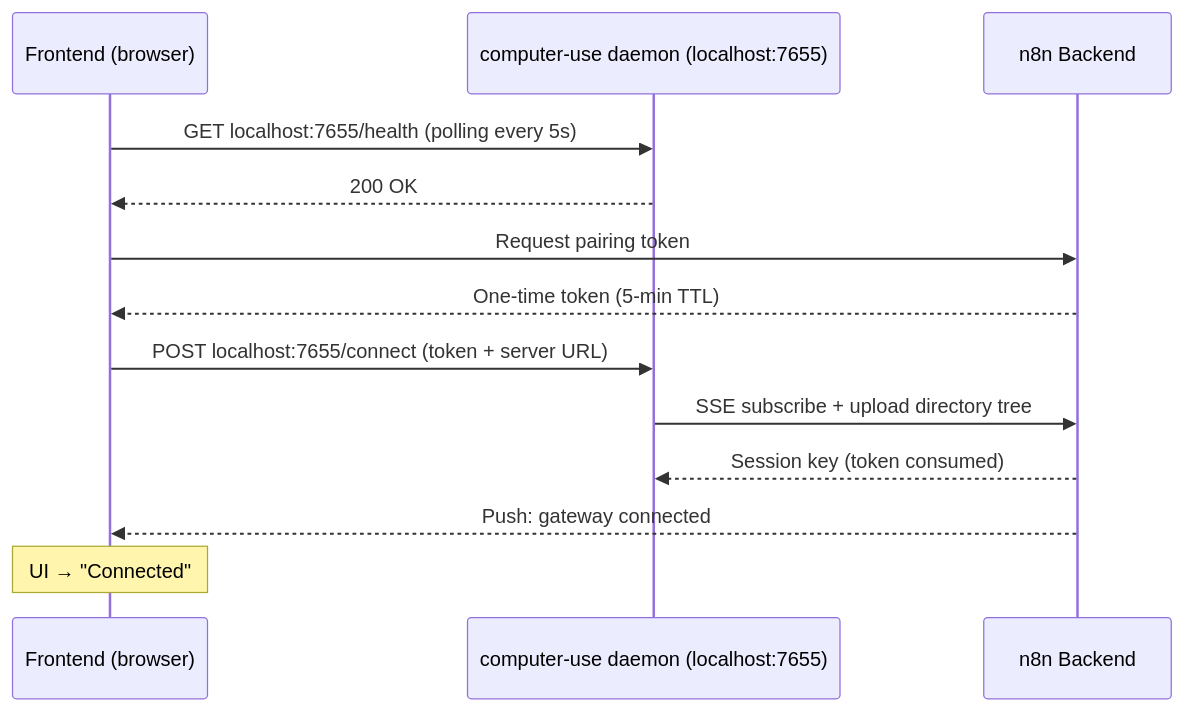
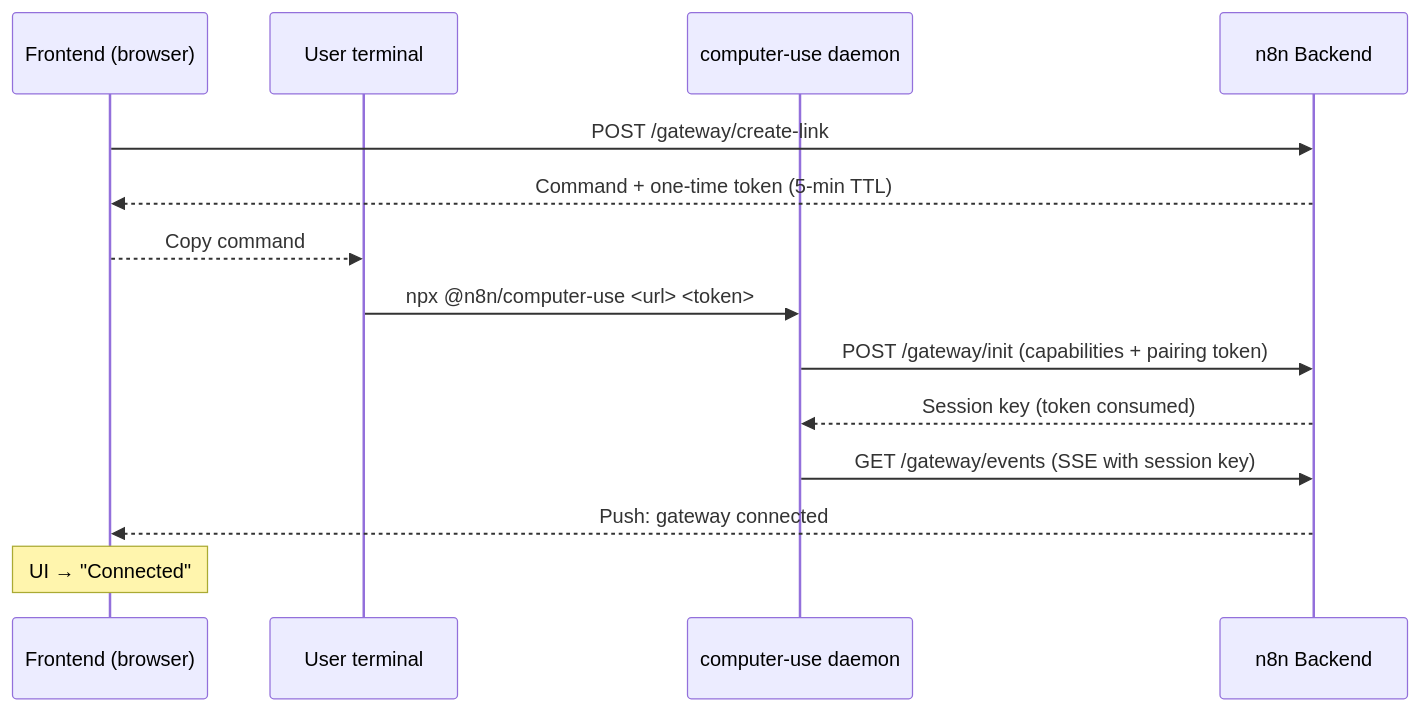
The first of 4 diagrams in packages/@n8n/instance-ai/docs/filesystem-access.md (mayankjain1815-commits/n8n), drawn with Mermaid before and after one commit. The commit also changed other lines of this file and 5 other files, not shown here.

````diff
--- a/packages/@n8n/instance-ai/docs/filesystem-access.md
+++ b/packages/@n8n/instance-ai/docs/filesystem-access.md
@@ -102,16 +113,17 @@
 ```mermaid
 sequenceDiagram
     participant UI as Frontend (browser)
-    participant Daemon as computer-use daemon (localhost:7655)
+    participant User as User terminal
+    participant Daemon as computer-use daemon
     participant Server as n8n Backend
 
-    UI->>Daemon: GET localhost:7655/health (polling every 5s)
-    Daemon-->>UI: 200 OK
-    UI->>Server: Request pairing token
-    Server-->>UI: One-time token (5-min TTL)
-    UI->>Daemon: POST localhost:7655/connect (token + server URL)
-    Daemon->>Server: SSE subscribe + upload directory tree
+    UI->>Server: POST /gateway/create-link
+    Server-->>UI: Command + one-time token (5-min TTL)
+    UI-->>User: Copy command
+    User->>Daemon: npx @n8n/computer-use <url> <token>
+    Daemon->>Server: POST /gateway/init (capabilities + pairing token)
     Server-->>Daemon: Session key (token consumed)
+    Daemon->>Server: GET /gateway/events (SSE with session key)
     Server-->>UI: Push: gateway connected
     Note over UI: UI → "Connected"
 ```
````
